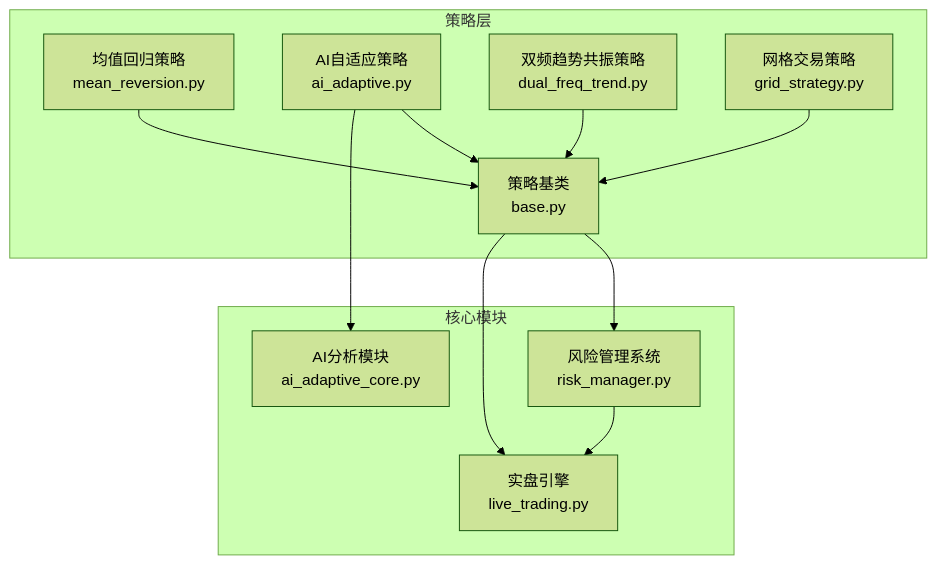
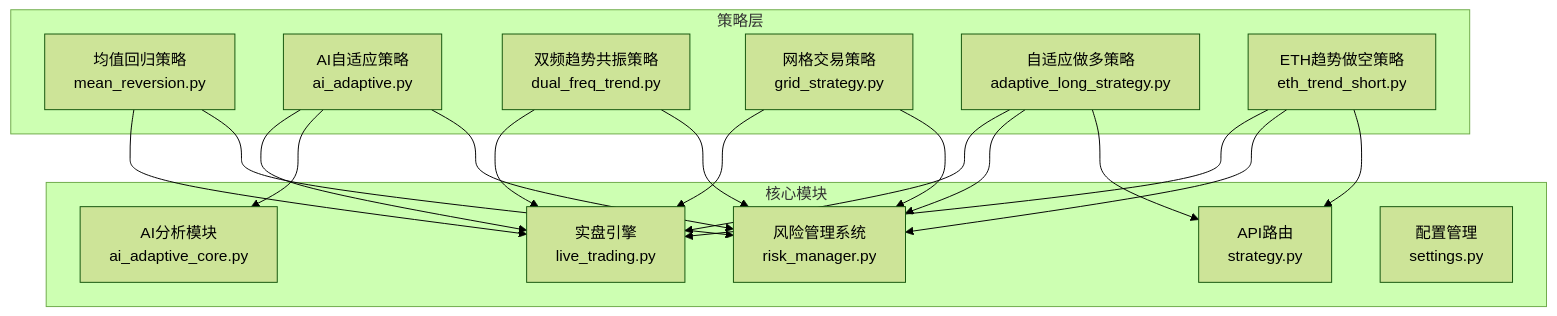
Before and after one commit to zyf266/ending: the first of 10 diagrams in .qoder/repowiki/zh/content/核心模块详解/策略框架/具体策略实现/具体策略实现.md, drawn with Mermaid (forest theme). The commit also changed other lines of this file and 63 other files, not shown here.

````diff
--- a/.qoder/repowiki/zh/content/核心模块详解/策略框架/具体策略实现/具体策略实现.md
+++ b/.qoder/repowiki/zh/content/核心模块详解/策略框架/具体策略实现/具体策略实现.md
@@ -33,23 +51,33 @@
 ```mermaid
 graph TB
 subgraph "策略层"
 MR["均值回归策略<br/>mean_reversion.py"]
 AI["AI自适应策略<br/>ai_adaptive.py"]
 DF["双频趋势共振策略<br/>dual_freq_trend.py"]
 GS["网格交易策略<br/>grid_strategy.py"]
-BS["策略基类<br/>base.py"]
+ALS["自适应做多策略<br/>adaptive_long_strategy.py"]
+ETSS["ETH趋势做空策略<br/>eth_trend_short.py"]
 end
 subgraph "核心模块"
 RM["风险管理系统<br/>risk_manager.py"]
 AICORE["AI分析模块<br/>ai_adaptive_core.py"]
 LT["实盘引擎<br/>live_trading.py"]
+API["API路由<br/>strategy.py"]
+CFG["配置管理<br/>settings.py"]
 end
-MR --> BS
-AI --> BS
-DF --> BS
-GS --> BS
-BS --> RM
+ALS --> API
+ETSS --> API
+MR --> RM
+AI --> RM
+DF --> RM
+GS --> RM
+ALS --> RM
+ETSS --> RM
 AI --> AICORE
-BS --> LT
-RM --> LT
+MR --> LT
+AI --> LT
+DF --> LT
+GS --> LT
+ALS --> LT
+ETSS --> LT
 ```
````
